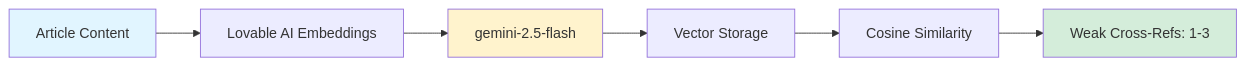
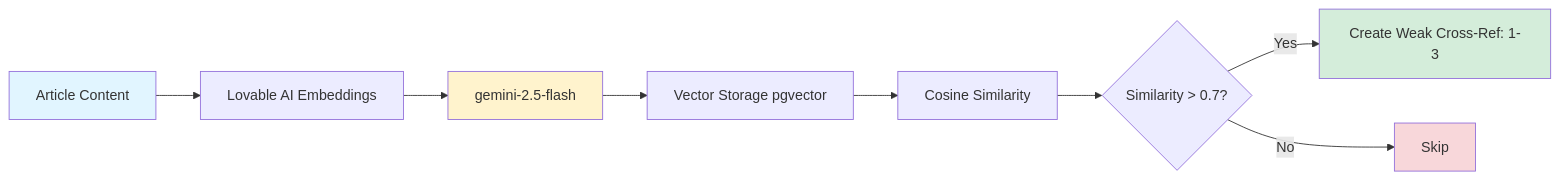
The ninth of 10 diagrams in docs/architecture/CROSS_REFERENCE_SYSTEM.md (dhruvrakesh/srangam-42267), drawn with Mermaid before and after one commit. The commit also changed other lines of this file and 3 other files, not shown here.

````diff
--- a/docs/architecture/CROSS_REFERENCE_SYSTEM.md
+++ b/docs/architecture/CROSS_REFERENCE_SYSTEM.md
@@ -278,12 +634,15 @@
 ```mermaid
 flowchart LR
     A[Article Content] --> B[Lovable AI Embeddings]
     B --> C[gemini-2.5-flash]
-    C --> D[Vector Storage]
+    C --> D[Vector Storage pgvector]
     D --> E[Cosine Similarity]
-    E --> F[Weak Cross-Refs: 1-3]
+    E --> F{Similarity > 0.7?}
+    F -->|Yes| G[Create Weak Cross-Ref: 1-3]
+    F -->|No| H[Skip]
     
     style A fill:#e1f5ff
     style C fill:#fff3cd
-    style F fill:#d4edda
+    style G fill:#d4edda
+    style H fill:#f8d7da
 ```
````
